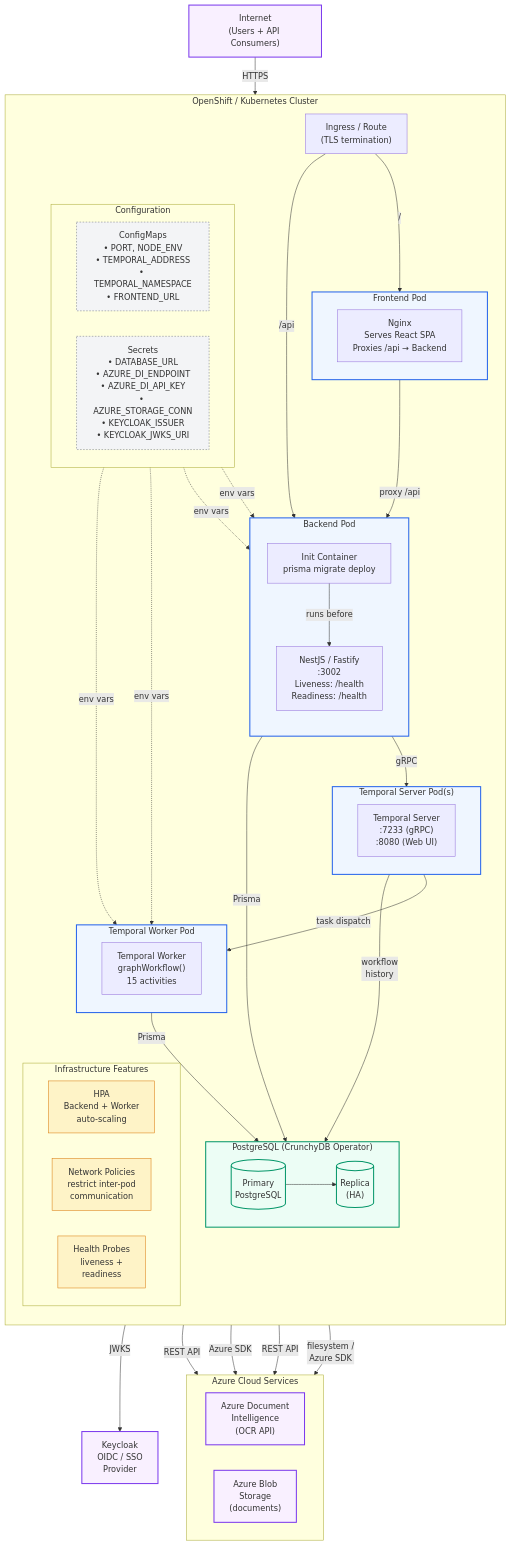
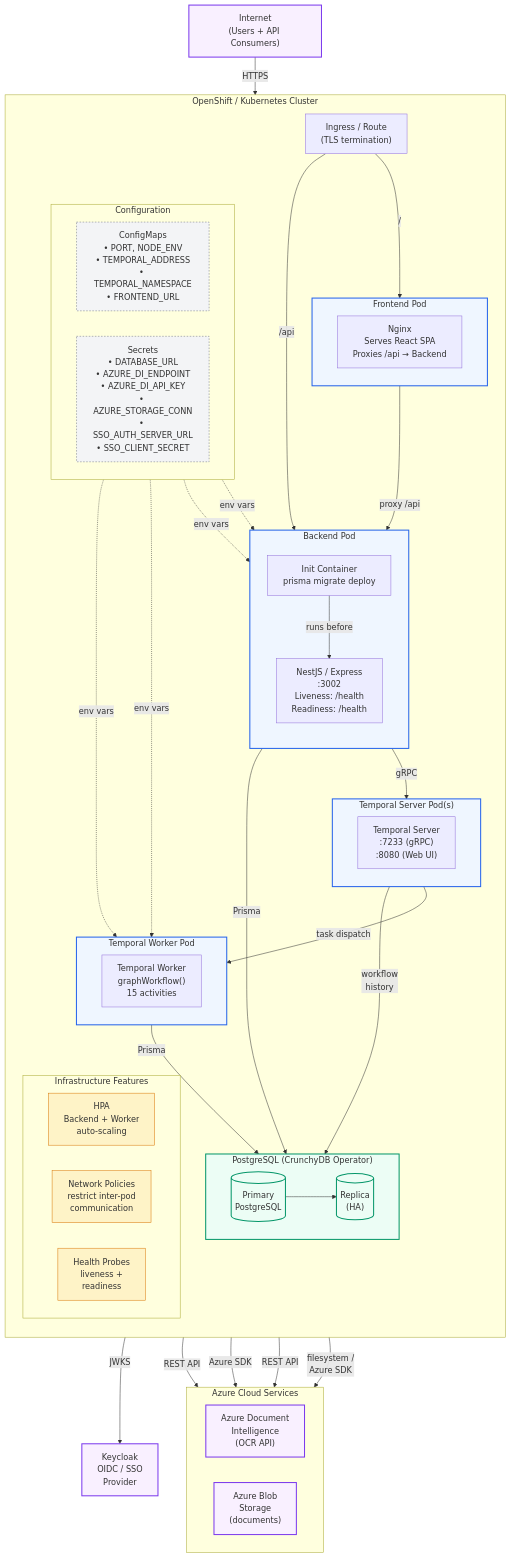
One commit to bcgov/ai-adoption-document-intelligence changed the diagram in docs/_diagrams/deployment.mmd. Above: the diagram before and after it, drawn with Mermaid. The commit also changed 92 other files, not shown here.

```diff
--- a/docs/_diagrams/deployment.mmd
+++ b/docs/_diagrams/deployment.mmd
@@ -1,109 +1,109 @@
 graph TB
     %% ── External Traffic ─────────────────────────────────────────
     Internet["Internet<br/>(Users + API Consumers)"]
 
     %% ── OpenShift Cluster ────────────────────────────────────────
     subgraph Cluster ["OpenShift / Kubernetes Cluster"]
         direction TB
 
         %% ── Ingress ──────────────────────────────────────────────
         Ingress["Ingress / Route<br/>(TLS termination)"]
 
         %% ── Frontend Pod ─────────────────────────────────────────
         subgraph FEPod ["Frontend Pod"]
             direction LR
             Nginx["Nginx<br/>Serves React SPA<br/>Proxies /api → Backend"]
         end
 
         %% ── Backend Pod ──────────────────────────────────────────
         subgraph BEPod ["Backend Pod"]
             direction TB
             InitMigrate["Init Container<br/>prisma migrate deploy"]
-            NestJS["NestJS / Fastify<br/>:3002<br/>Liveness: /health<br/>Readiness: /health"]
+            NestJS["NestJS / Express<br/>:3002<br/>Liveness: /health<br/>Readiness: /health"]
             InitMigrate -->|"runs before"| NestJS
         end
 
         %% ── Worker Pod ───────────────────────────────────────────
         subgraph WorkerPod ["Temporal Worker Pod"]
             direction LR
             Worker["Temporal Worker<br/>graphWorkflow&lpar;&rpar;<br/>15 activities"]
         end
 
         %% ── Temporal Server Pod ──────────────────────────────────
         subgraph TemporalPod ["Temporal Server Pod&lpar;s&rpar;"]
             direction LR
             TServer["Temporal Server<br/>:7233 (gRPC)<br/>:8080 (Web UI)"]
         end
 
         %% ── Database ─────────────────────────────────────────────
         subgraph DBCluster ["PostgreSQL &lpar;CrunchyDB Operator&rpar;"]
             direction LR
             PGPrimary[("Primary<br/>PostgreSQL")]
             PGReplica[("Replica<br/>(HA)")]
             PGPrimary --> PGReplica
         end
 
         %% ── Config & Secrets ─────────────────────────────────────
         subgraph Config ["Configuration"]
             direction LR
             ConfigMap["ConfigMaps<br/>• PORT, NODE_ENV<br/>• TEMPORAL_ADDRESS<br/>• TEMPORAL_NAMESPACE<br/>• FRONTEND_URL"]
-            Secrets["Secrets<br/>• DATABASE_URL<br/>• AZURE_DI_ENDPOINT<br/>• AZURE_DI_API_KEY<br/>• AZURE_STORAGE_CONN<br/>• KEYCLOAK_ISSUER<br/>• KEYCLOAK_JWKS_URI"]
+            Secrets["Secrets<br/>• DATABASE_URL<br/>• AZURE_DI_ENDPOINT<br/>• AZURE_DI_API_KEY<br/>• AZURE_STORAGE_CONN<br/>• SSO_AUTH_SERVER_URL<br/>• SSO_CLIENT_SECRET"]
         end
 
         %% ── Platform Features ────────────────────────────────────
         subgraph InfraFeatures ["Infrastructure Features"]
             direction LR
             HPA["HPA<br/>Backend + Worker<br/>auto-scaling"]
             NetPol["Network Policies<br/>restrict inter-pod<br/>communication"]
             Probes["Health Probes<br/>liveness +<br/>readiness"]
         end
     end
 
     %% ── External Azure Services ──────────────────────────────────
     subgraph Azure ["Azure Cloud Services"]
         direction LR
         AzureDI["Azure Document<br/>Intelligence<br/>(OCR API)"]
         AzureBlob["Azure Blob<br/>Storage<br/>(documents)"]
     end
 
     %% ── External Auth ────────────────────────────────────────────
     Keycloak["Keycloak<br/>OIDC / SSO<br/>Provider"]
 
     %% ── Traffic Flow ─────────────────────────────────────────────
     Internet -->|"HTTPS"| Ingress
     Ingress -->|"/"| FEPod
     Ingress -->|"/api"| BEPod
     Nginx -->|"proxy /api"| NestJS
 
     %% ── Internal Connections ─────────────────────────────────────
     NestJS -->|"gRPC"| TServer
     NestJS -->|"Prisma"| PGPrimary
     TServer -->|"task dispatch"| Worker
     Worker -->|"Prisma"| PGPrimary
     TServer -->|"workflow<br/>history"| PGPrimary
 
     %% ── External Service Connections ─────────────────────────────
     NestJS -->|"REST API"| AzureDI
     NestJS -->|"Azure SDK"| AzureBlob
     Worker -->|"REST API"| AzureDI
     Worker -->|"filesystem /<br/>Azure SDK"| AzureBlob
     NestJS -->|"JWKS"| Keycloak
 
     %% ── Config injection ─────────────────────────────────────────
     ConfigMap -.->|"env vars"| BEPod
     ConfigMap -.->|"env vars"| WorkerPod
     Secrets -.->|"env vars"| BEPod
     Secrets -.->|"env vars"| WorkerPod
 
     %% ── Styling ──────────────────────────────────────────────────
     classDef external fill:#f9f0ff,stroke:#7c3aed,stroke-width:2px
     classDef pod fill:#eff6ff,stroke:#2563eb,stroke-width:2px
     classDef db fill:#ecfdf5,stroke:#059669,stroke-width:2px
     classDef config fill:#f3f4f6,stroke:#6b7280,stroke-width:1px,stroke-dasharray:3
     classDef infra fill:#fef3c7,stroke:#d97706,stroke-width:1px
 
     class Internet,AzureDI,AzureBlob,Keycloak external
     class FEPod,BEPod,WorkerPod,TemporalPod pod
     class DBCluster,PGPrimary,PGReplica db
     class ConfigMap,Secrets config
     class HPA,NetPol,Probes infra
```
